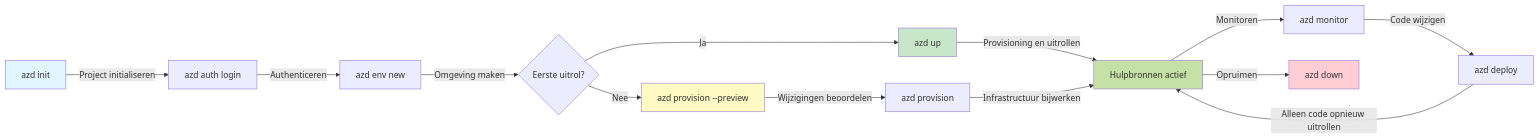
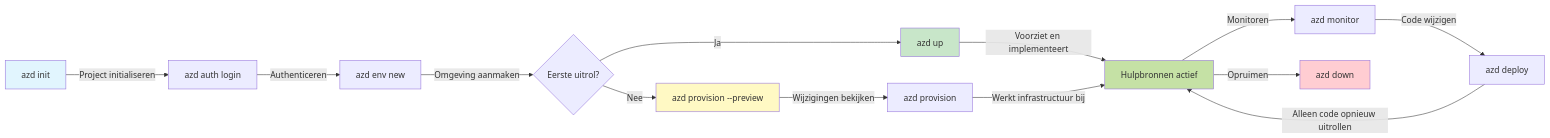
The first of 2 diagrams in translations/nl/docs/chapter-01-foundation/azd-basics.md (microsoft/AZD-for-beginners), drawn with Mermaid before and after one commit. The commit also changed other lines of this file and 104 other files, not shown here.

````diff
--- a/translations/nl/docs/chapter-01-foundation/azd-basics.md
+++ b/translations/nl/docs/chapter-01-foundation/azd-basics.md
@@ -269,21 +269,21 @@
 ```mermaid
 graph LR
     A[azd init] -->|Project initialiseren| B[azd auth login]
     B -->|Authenticeren| C[azd env new]
-    C -->|Omgeving maken| D{Eerste uitrol?}
+    C -->|Omgeving aanmaken| D{Eerste uitrol?}
     D -->|Ja| E[azd up]
     D -->|Nee| F[azd provision --preview]
-    F -->|Wijzigingen beoordelen| G[azd provision]
-    E -->|Provisioning en uitrollen| H[Hulpbronnen actief]
-    G -->|Infrastructuur bijwerken| H
+    F -->|Wijzigingen bekijken| G[azd provision]
+    E -->|Voorziet en implementeert| H[Hulpbronnen actief]
+    G -->|Werkt infrastructuur bij| H
     H -->|Monitoren| I[azd monitor]
     I -->|Code wijzigen| J[azd deploy]
     J -->|Alleen code opnieuw uitrollen| H
     H -->|Opruimen| K[azd down]
     
     style A fill:#e1f5fe
     style E fill:#c8e6c9
     style F fill:#fff9c4
     style H fill:#c5e1a5
     style K fill:#ffcdd2
 ```
````
